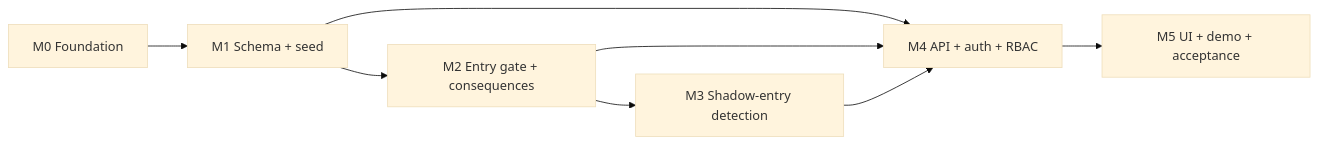
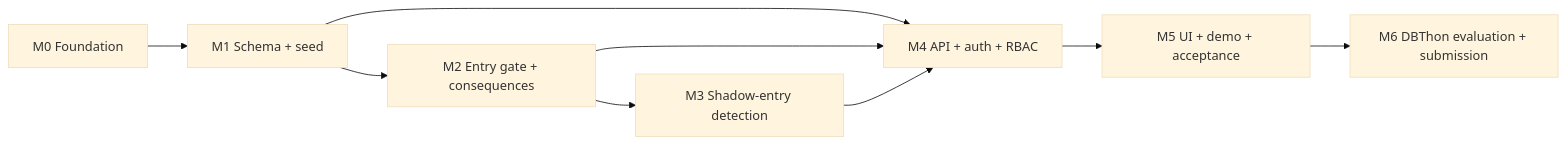
The diagram in ROADMAP.md (Vyas-Vis06/DBThon-), drawn with Mermaid (base theme) before and after one commit. The commit also changed other lines of this file and 20 other files, not shown here.

````diff
--- a/ROADMAP.md
+++ b/ROADMAP.md
@@ -24,10 +26,11 @@
 ```mermaid
 flowchart LR
   M0[M0 Foundation] --> M1[M1 Schema + seed]
   M1 --> M2[M2 Entry gate + consequences]
   M2 --> M3[M3 Shadow-entry detection]
   M1 --> M4[M4 API + auth + RBAC]
   M2 --> M4
   M3 --> M4
   M4 --> M5[M5 UI + demo + acceptance]
+  M5 --> M6[M6 DBThon evaluation + submission]
 ```
````
